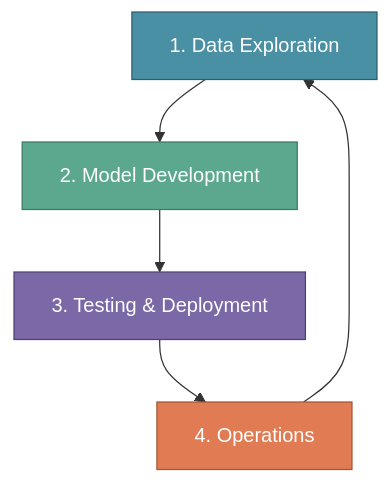
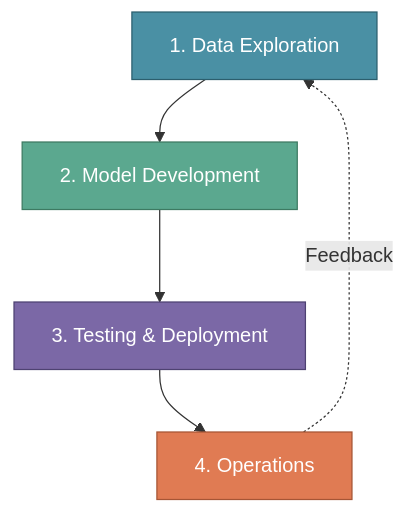
The first of 6 diagrams in docs/mlops/mlops-fundamentals/4-mlops-lifecycle.md (vinaykagithapu/vinay.github.io), drawn with Mermaid before and after one commit. The commit also changed other lines of this file, not shown here.

Commit message:
Refactor MLOps lifecycle documentation: Update flowchart phases for clarity, rename 'Testing & Deployment' to 'TDP', and enhance diagram connections. Remove outdated experiment tracking example to streamline content.

````diff
--- a/docs/mlops/mlops-fundamentals/4-mlops-lifecycle.md
+++ b/docs/mlops/mlops-fundamentals/4-mlops-lifecycle.md
@@ -23,17 +23,17 @@
 ```mermaid
 flowchart TB
     DC[1. Data Exploration]
     MD[2. Model Development]
-    TD[3. Testing & Deployment]
+    TDP[3. Testing & Deployment]
     OP[4. Operations]
     
     DC --> MD
-    MD --> TD
-    TD --> OP
-    OP --> DC
+    MD --> TDP
+    TDP --> OP
+    OP -.Feedback.-> DC
     
     style DC fill:#4A90A4,stroke:#2C5F6E,color:#fff
     style MD fill:#5BA88F,stroke:#3D7A62,color:#fff
-    style TD fill:#7B68A6,stroke:#4E4272,color:#fff
+    style TDP fill:#7B68A6,stroke:#4E4272,color:#fff
     style OP fill:#E07B53,stroke:#A65535,color:#fff
 ```
````
